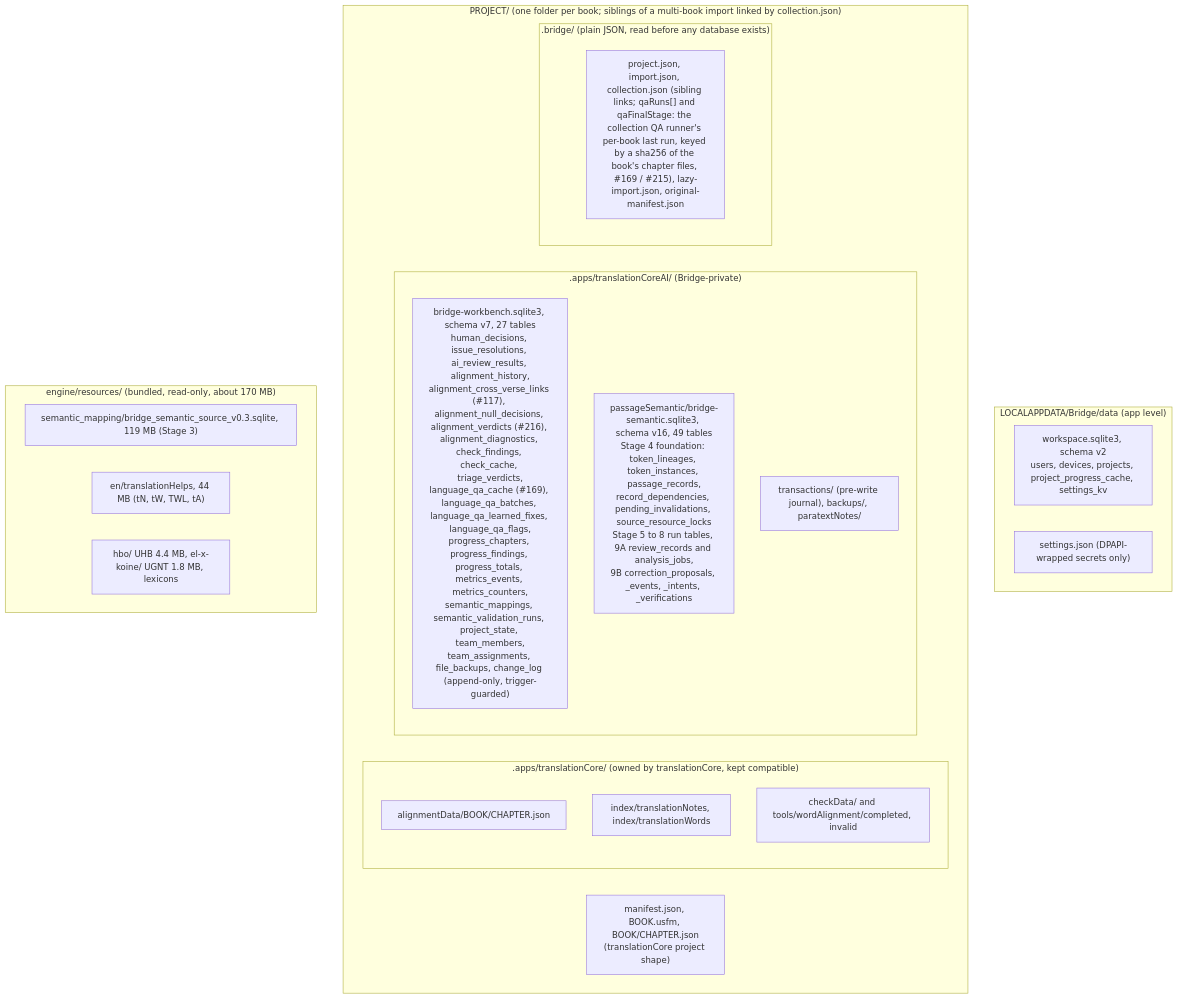
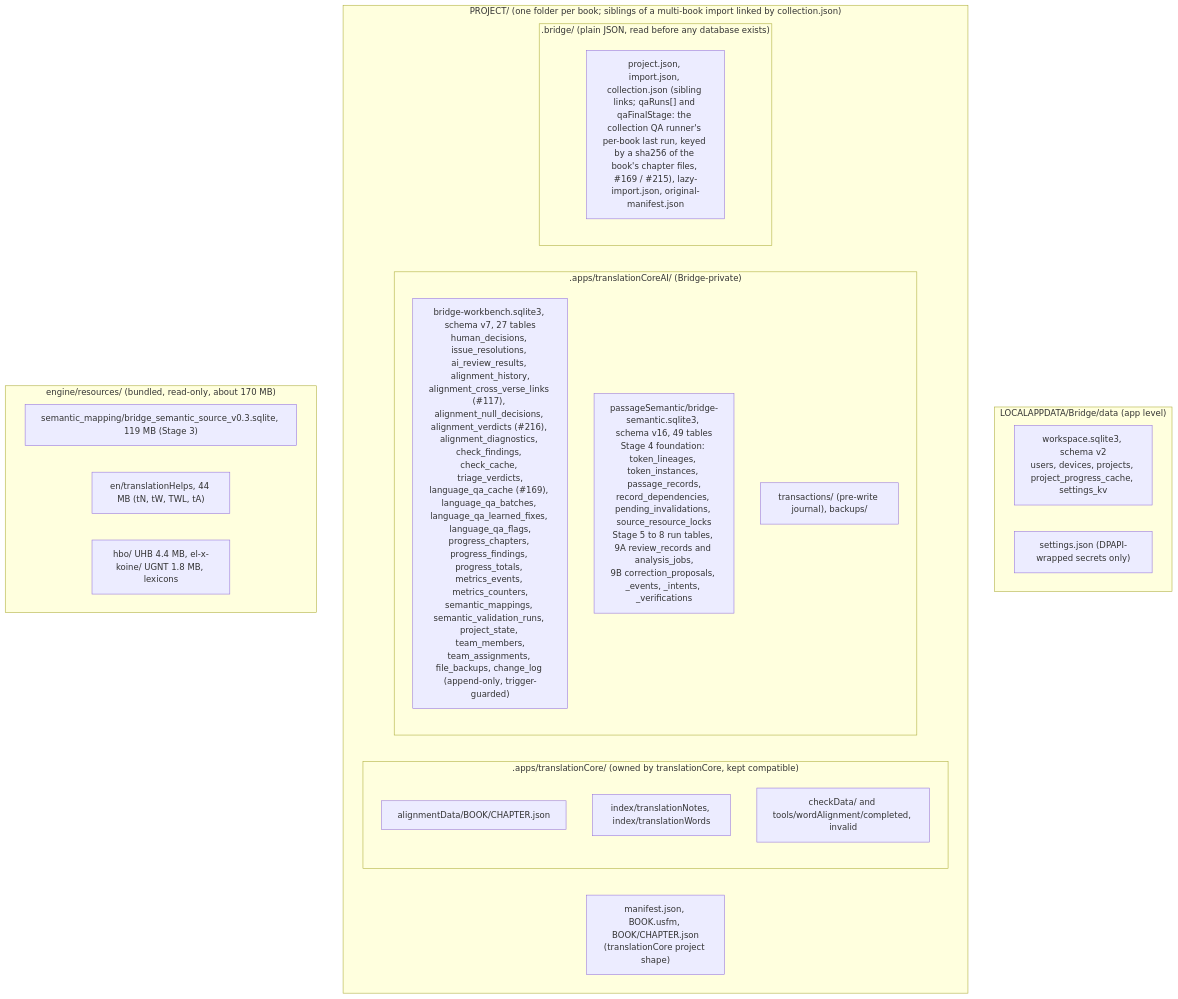
Before and after one commit to Bridgeconn/bridge: the second of 4 diagrams in docs/ARCHITECTURE.md, drawn with Mermaid. The commit also changed 8 other files, not shown here.

First line of the commit message:
refactor(paratext): retire the companion Notes 1.1 file; plugin API only (#358)

````diff
--- a/docs/ARCHITECTURE.md
+++ b/docs/ARCHITECTURE.md
@@ -103,28 +103,28 @@
 ```mermaid
 flowchart TB
   subgraph App["LOCALAPPDATA/Bridge/data (app level)"]
     WS["workspace.sqlite3, schema v2<br/>users, devices, projects, project_progress_cache, settings_kv"]
     SJ["settings.json (DPAPI-wrapped secrets only)"]
   end
   subgraph Proj["PROJECT/ (one folder per book; siblings of a multi-book import linked by collection.json)"]
     M["manifest.json, BOOK.usfm, BOOK/CHAPTER.json<br/>(translationCore project shape)"]
     subgraph TCdir[".apps/translationCore/ (owned by translationCore, kept compatible)"]
       AD["alignmentData/BOOK/CHAPTER.json"]
       IDX["index/translationNotes, index/translationWords"]
       CD["checkData/ and tools/wordAlignment/completed, invalid"]
     end
     subgraph AIdir[".apps/translationCoreAI/ (Bridge-private)"]
       WB["bridge-workbench.sqlite3, schema v7, 27 tables<br/>human_decisions, issue_resolutions, ai_review_results, alignment_history,<br/>alignment_cross_verse_links (#117), alignment_null_decisions, alignment_verdicts (#216), alignment_diagnostics, check_findings, check_cache, triage_verdicts,<br/>language_qa_cache (#169), language_qa_batches, language_qa_learned_fixes, language_qa_flags,<br/>progress_chapters, progress_findings, progress_totals, metrics_events, metrics_counters,<br/>semantic_mappings, semantic_validation_runs, project_state, team_members,<br/>team_assignments, file_backups, change_log (append-only, trigger-guarded)"]
       SEM["passageSemantic/bridge-semantic.sqlite3, schema v16, 49 tables<br/>Stage 4 foundation: token_lineages, token_instances, passage_records,<br/>record_dependencies, pending_invalidations, source_resource_locks<br/>Stage 5 to 8 run tables, 9A review_records and analysis_jobs,<br/>9B correction_proposals, _events, _intents, _verifications"]
-      TX["transactions/ (pre-write journal), backups/, paratextNotes/"]
+      TX["transactions/ (pre-write journal), backups/"]
     end
     subgraph Bdir[".bridge/ (plain JSON, read before any database exists)"]
       BJ["project.json, import.json, collection.json (sibling links; qaRuns[] and qaFinalStage: the collection QA runner's per-book last run, keyed by a sha256 of the book's chapter files, #169 / #215), lazy-import.json, original-manifest.json"]
     end
   end
   subgraph Res["engine/resources/ (bundled, read-only, about 170 MB)"]
     R1["semantic_mapping/bridge_semantic_source_v0.3.sqlite, 119 MB (Stage 3)"]
     R2["en/translationHelps, 44 MB (tN, tW, TWL, tA)"]
     R3["hbo/ UHB 4.4 MB, el-x-koine/ UGNT 1.8 MB, lexicons"]
   end
 ```
````
